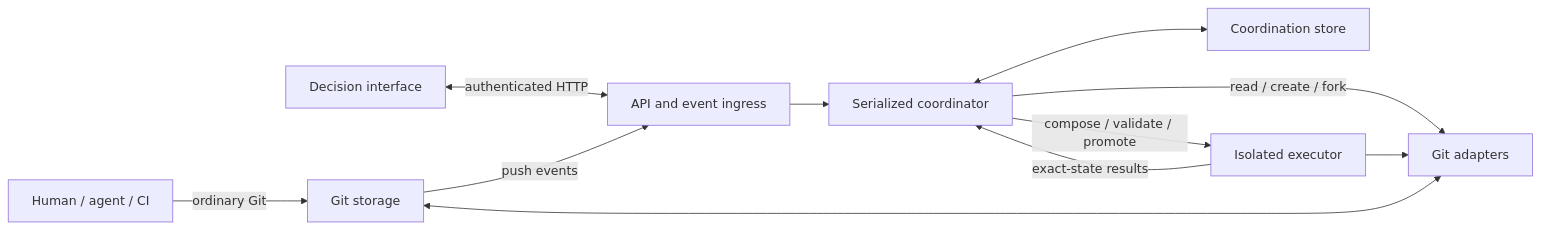
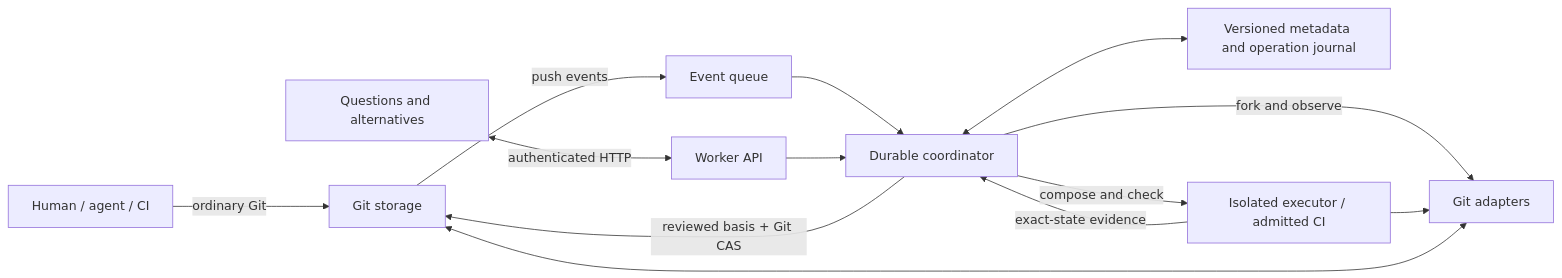
One commit to vik418/KLoCGit changed the diagram in docs/design.md. Above: the diagram before and after it, drawn with Mermaid. The commit also changed other lines of this file and 54 other files, not shown here.

````diff
--- a/docs/design.md
+++ b/docs/design.md
@@ -8,13 +8,15 @@
 ```mermaid
 flowchart LR
     Producer[Human / agent / CI] -->|ordinary Git| Git[Git storage]
-    UI[Decision interface] <-->|authenticated HTTP| API[API and event ingress]
-    Git -->|push events| API
-    API --> Coordinator[Serialized coordinator]
-    Coordinator <--> Metadata[Coordination store]
-    Coordinator -->|read / create / fork| Adapter[Git adapters]
-    Coordinator -->|compose / validate / promote| Executor[Isolated executor]
+    UI[Questions and alternatives] <-->|authenticated HTTP| API[Worker API]
+    Git -->|push events| Queue[Event queue]
+    Queue --> Coordinator[Durable coordinator]
+    API --> Coordinator
+    Coordinator <--> Metadata[Versioned metadata and operation journal]
+    Coordinator -->|fork and observe| Adapter[Git adapters]
+    Coordinator -->|compose and check| Executor[Isolated executor / admitted CI]
     Executor --> Adapter
     Adapter <--> Git
-    Executor -->|exact-state results| Coordinator
+    Executor -->|exact-state evidence| Coordinator
+    Coordinator -->|reviewed basis + Git CAS| Git
 ```
````
